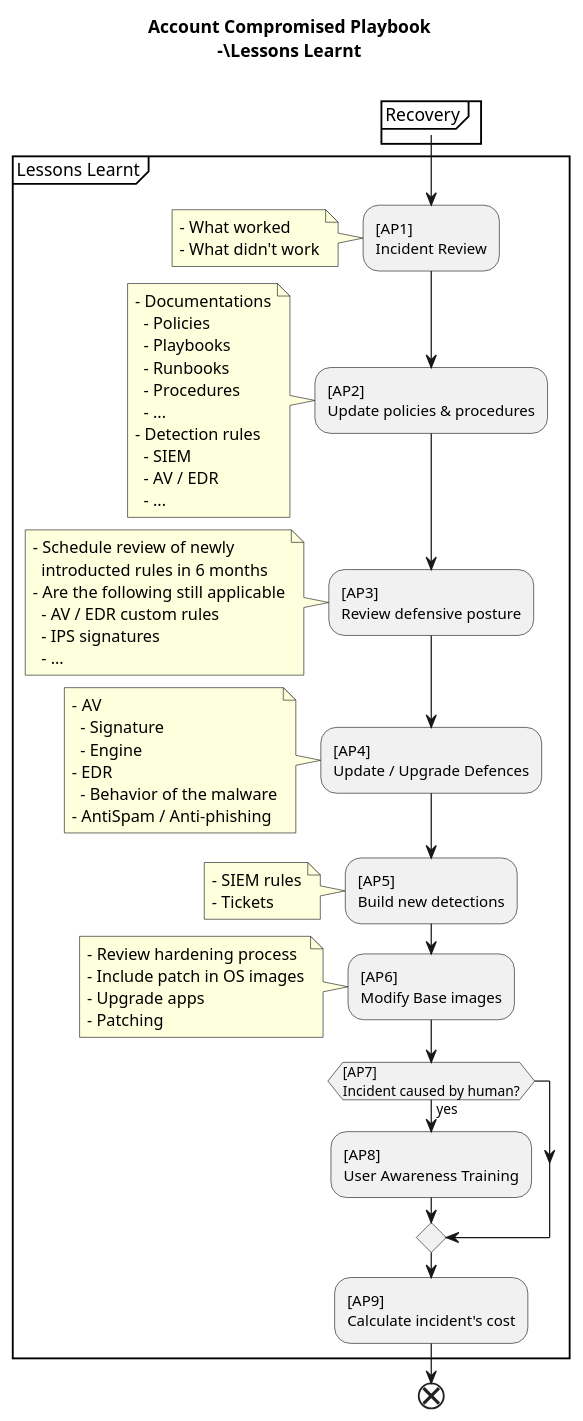
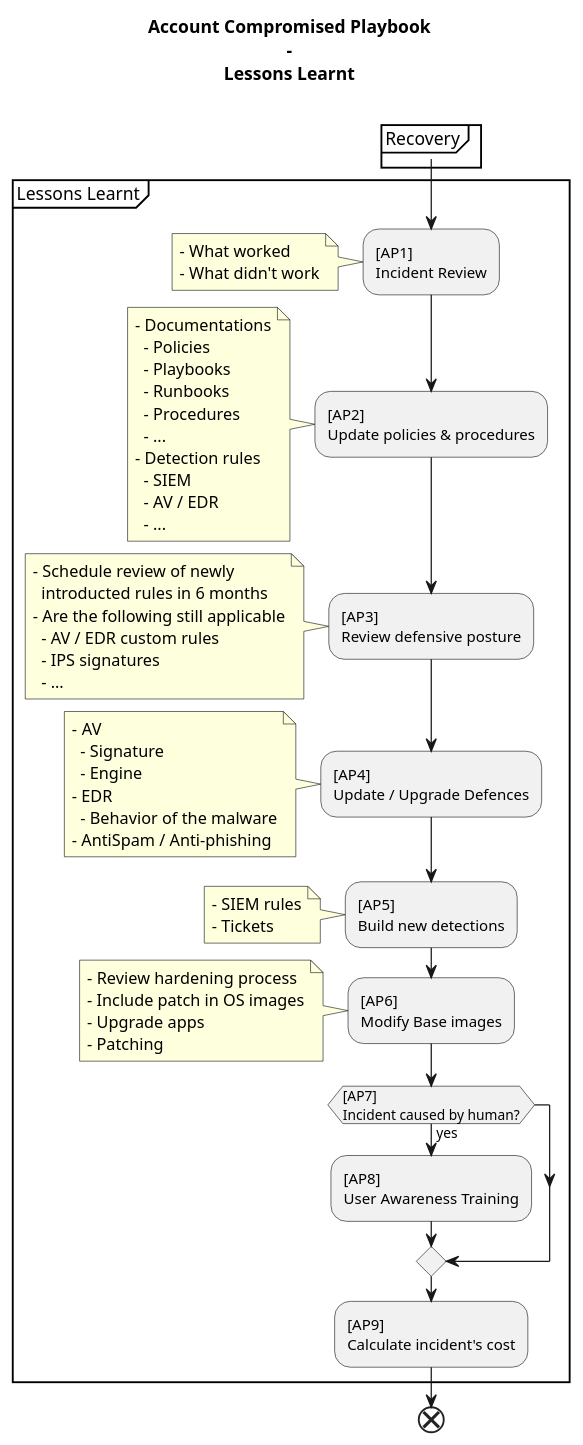
The diagram in playbooks/AccountCompromised/04-Lessons_Learnt.wsd (brianyaucy/Incident-Response-Playbooks), drawn with PlantUML before and after one commit. The commit also changed 3 other files, not shown here.

```diff
--- a/playbooks/AccountCompromised/04-Lessons_Learnt.wsd
+++ b/playbooks/AccountCompromised/04-Lessons_Learnt.wsd
@@ -1,74 +1,74 @@
 @startuml "Account Compromised Playbook - Lessons Learnt"
 
-title "Account Compromised Playbook\n-\Lessons Learnt\n"
+title "Account Compromised Playbook\n-\nLessons Learnt\n"
 
 partition "Recovery" {
 
 }
 
 partition "Lessons Learnt" {
   :[AP1]\nIncident Review;
   note
     - What worked
     - What didn't work
   endnote
 
   :[AP2]\nUpdate policies & procedures;
   note
     - Documentations
       - Policies
       - Playbooks
       - Runbooks
       - Procedures
       - ...
     - Detection rules
       - SIEM
       - AV / EDR
       - ...
   endnote
 
   :[AP3]\nReview defensive posture;
   note
     - Schedule review of newly
       introducted rules in 6 months
     - Are the following still applicable
       - AV / EDR custom rules
       - IPS signatures
       - ...
   endnote
 
   :[AP4]\nUpdate / Upgrade Defences;
   note
     - AV
       - Signature
       - Engine
     - EDR
       - Behavior of the malware
     - AntiSpam / Anti-phishing
   endnote
 
   :[AP5]\nBuild new detections;
   note
     - SIEM rules
     - Tickets
   endnote
 
   :[AP6]\nModify Base images;
   note
     - Review hardening process
     - Include patch in OS images
     - Upgrade apps
     - Patching
   endnote
 
   if ([AP7]\nIncident caused by human?) then (yes)
     :[AP8]\nUser Awareness Training;
   endif
 
   :[AP9]\nCalculate incident's cost;
 
 }
 
 end
   
 @enduml
```
